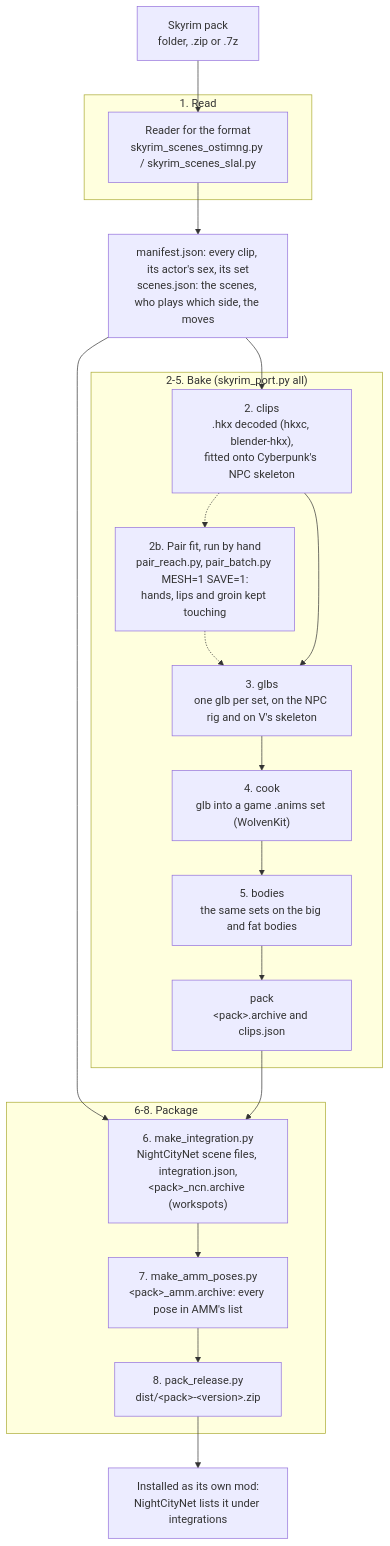
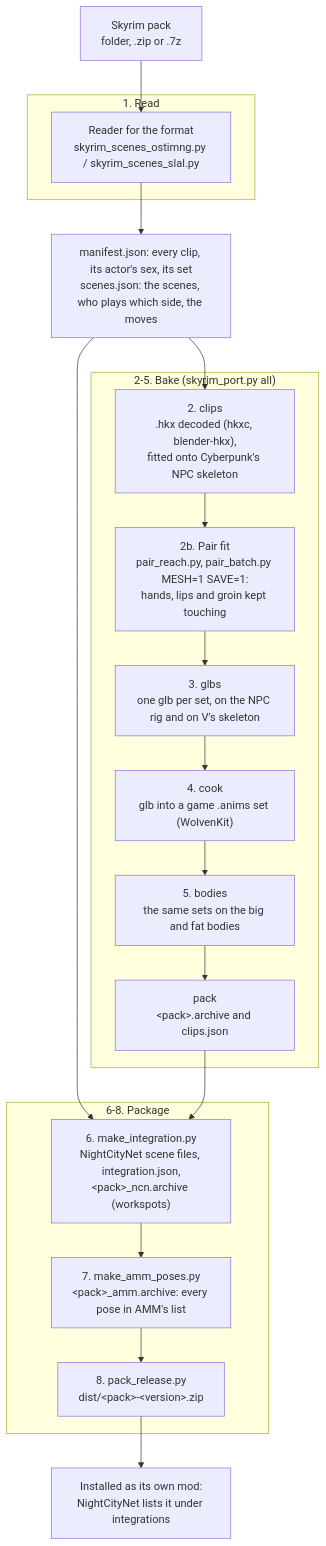
The diagram in docs/pipeline.md (cp77modding/cyberpunk_animport), drawn with Mermaid before and after one commit. The commit also changed other lines of this file and 12 other files, not shown here.

````diff
--- a/docs/pipeline.md
+++ b/docs/pipeline.md
@@ -9,26 +9,25 @@
 ```mermaid
 flowchart TD
     IN["Skyrim pack<br/>folder, .zip or .7z"] --> READ
     subgraph read ["1. Read"]
         READ["Reader for the format<br/>skyrim_scenes_ostimng.py / skyrim_scenes_slal.py"]
     end
     READ --> MAN["manifest.json: every clip, its actor's sex, its set<br/>scenes.json: the scenes, who plays which side, the moves"]
     MAN --> CLIPS
     subgraph bake ["2-5. Bake (skyrim_port.py all)"]
         CLIPS["2. clips<br/>.hkx decoded (hkxc, blender-hkx),<br/>fitted onto Cyberpunk's NPC skeleton"]
-        CLIPS -.-> PAIR["2b. Pair fit, run by hand<br/>pair_reach.py, pair_batch.py MESH=1 SAVE=1:<br/>hands, lips and groin kept touching"]
-        PAIR -.-> GLBS
-        CLIPS --> GLBS["3. glbs<br/>one glb per set, on the NPC rig and on V's skeleton"]
+        CLIPS --> PAIR["2b. Pair fit<br/>pair_reach.py, pair_batch.py MESH=1 SAVE=1:<br/>hands, lips and groin kept touching"]
+        PAIR --> GLBS["3. glbs<br/>one glb per set, on the NPC rig and on V's skeleton"]
         GLBS --> COOK["4. cook<br/>glb into a game .anims set (WolvenKit)"]
         COOK --> BODIES["5. bodies<br/>the same sets on the big and fat bodies"]
         BODIES --> PACK["pack<br/>&lt;pack&gt;.archive and clips.json"]
     end
     MAN --> SCENES
     PACK --> SCENES
     subgraph ship ["6-8. Package"]
         SCENES["6. make_integration.py<br/>NightCityNet scene files, integration.json,<br/>&lt;pack&gt;_ncn.archive (workspots)"]
         SCENES --> AMM["7. make_amm_poses.py<br/>&lt;pack&gt;_amm.archive: every pose in AMM's list"]
         AMM --> ZIP["8. pack_release.py<br/>dist/&lt;pack&gt;-&lt;version&gt;.zip"]
     end
     ZIP --> GAME["Installed as its own mod:<br/>NightCityNet lists it under integrations"]
 ```
````
